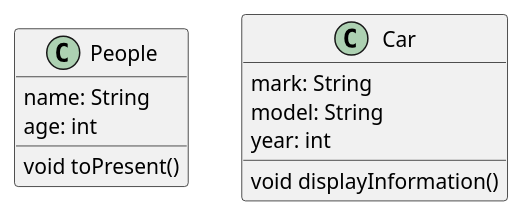
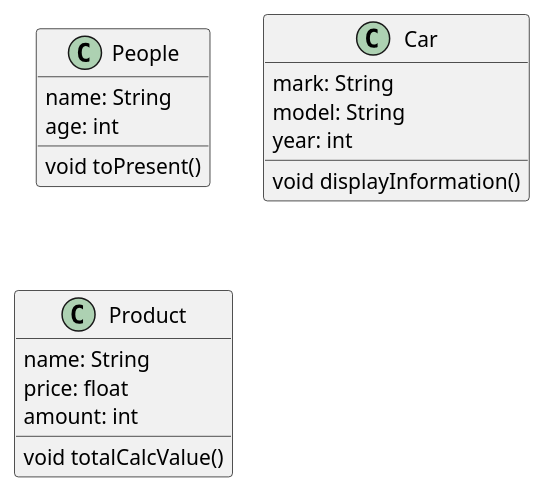
The diagram in exercise-list-four/docs/Classes.pu (vicentejuniordev/poo-java), drawn with PlantUML before and after one commit. The commit also changed 4 other files, not shown here.

```diff
--- a/exercise-list-four/docs/Classes.pu
+++ b/exercise-list-four/docs/Classes.pu
@@ -1,19 +1,27 @@
 @startuml List-Four
 
 class People{
     name: String
     age: int
 
     void toPresent()
 }
 
 class Car{
     mark: String
     model: String
     year: int
 
     void displayInformation()
 }
 
+class Product{
+    name: String
+    price: float
+    amount: int
+
+    void totalCalcValue()
+}
+
 
 @enduml
```
